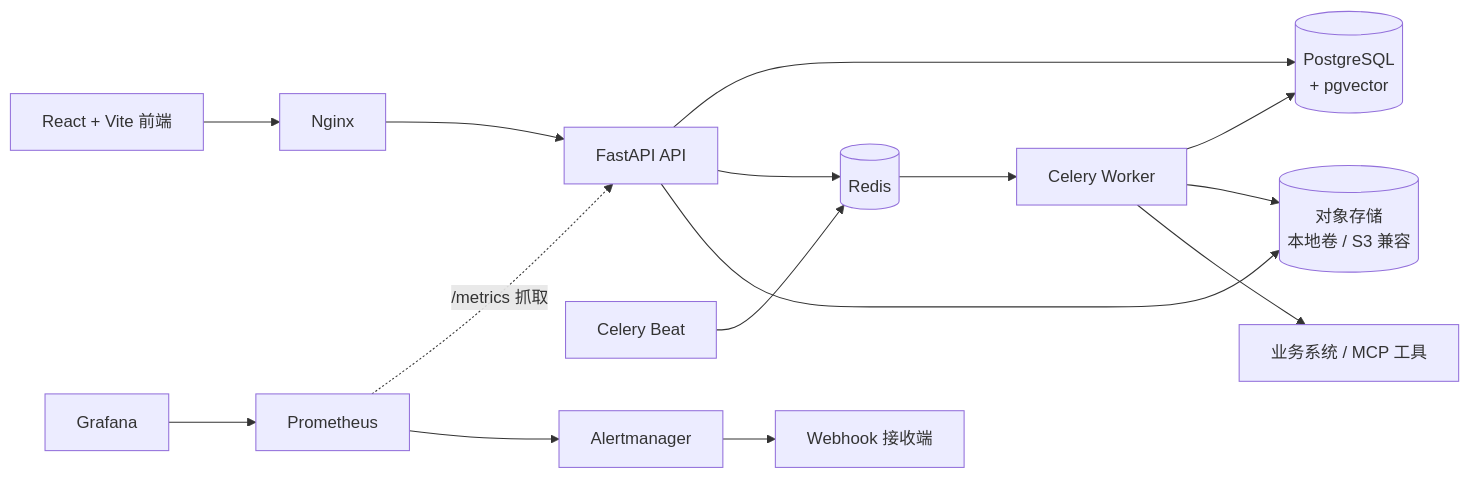
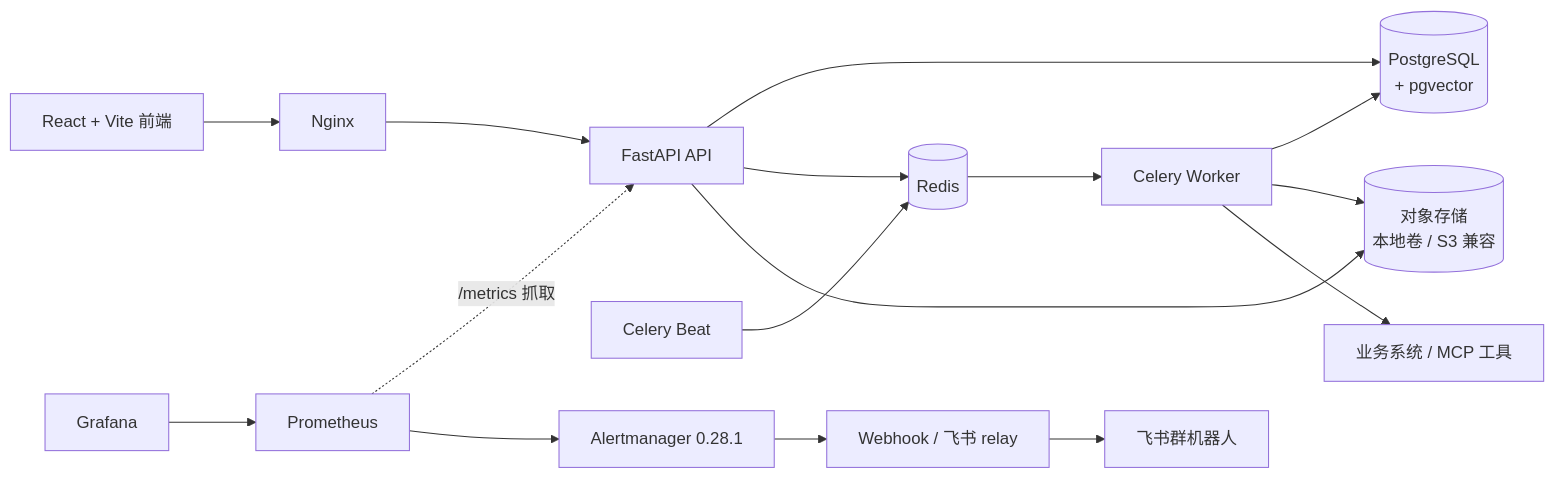
The diagram in README.md (github0117/onduty-platform), drawn with Mermaid before and after one commit. The commit also changed other lines of this file and 7 other files, not shown here.

First line of the commit message:
feat(observability): forward Alertmanager alerts to Feishu bots

````diff
--- a/README.md
+++ b/README.md
@@ -78,17 +78,18 @@
 ```mermaid
 flowchart LR
   Web["React + Vite 前端"] --> Nginx["Nginx"]
   Nginx --> API["FastAPI API"]
   API --> PG[("PostgreSQL<br/>+ pgvector")]
   API --> Redis[("Redis")]
   API --> Store[("对象存储<br/>本地卷 / S3 兼容")]
   Redis --> Worker["Celery Worker"]
   Worker --> PG
   Worker --> Store
   Worker --> Biz["业务系统 / MCP 工具"]
   Beat["Celery Beat"] --> Redis
   Prom["Prometheus"] -. "/metrics 抓取" .-> API
-  Prom --> Alertmanager["Alertmanager"]
-  Alertmanager --> Hook["Webhook 接收端"]
+  Prom --> Alertmanager["Alertmanager 0.28.1"]
+  Alertmanager --> Relay["Webhook / 飞书 relay"]
+  Relay --> Feishu["飞书群机器人"]
   Grafana["Grafana"] --> Prom
 ```
````
